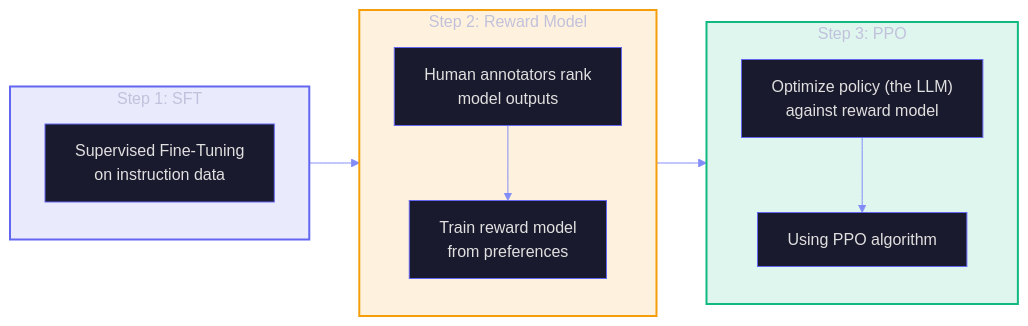
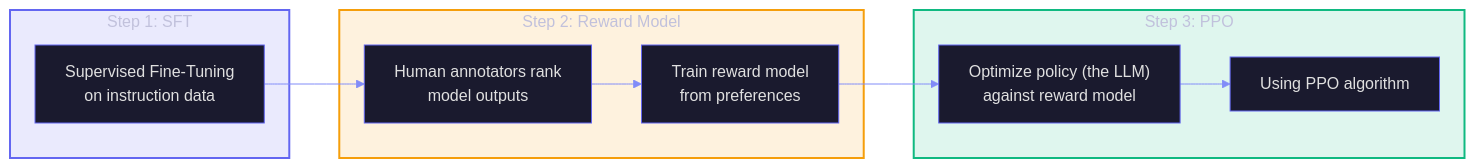
Before and after one commit to frootai/frootai: the fourth of 7 diagrams in docs/T1-Fine-Tuning-MLOps.md, drawn with Mermaid. The commit also changed other lines of this file and 15 other files, not shown here.

Commit message:
docs: harden learning module diagrams

````diff
--- a/docs/T1-Fine-Tuning-MLOps.md
+++ b/docs/T1-Fine-Tuning-MLOps.md
@@ -241,25 +240,26 @@
 ```mermaid
 %%{init: {'theme': 'base', 'themeVariables': {'primaryColor': '#1a1a2e', 'primaryTextColor': '#e0e0e0', 'primaryBorderColor': '#6366f1', 'lineColor': '#818cf8', 'background': 'transparent'}}}%%
 flowchart LR
     subgraph STEP1["Step 1: SFT"]
         S1["Supervised Fine-Tuning<br/>on instruction data"]
     end
     
     subgraph STEP2["Step 2: Reward Model"]
         S2["Human annotators rank<br/>model outputs"]
         S3["Train reward model<br/>from preferences"]
         S2 --> S3
     end
     
     subgraph STEP3["Step 3: PPO"]
         S4["Optimize policy (the LLM)<br/>against reward model"]
         S5["Using PPO algorithm"]
         S4 --> S5
     end
     
-    STEP1 --> STEP2 --> STEP3
+    S1 --> S2
+    S3 --> S4
     
     style STEP1 fill:#6366f122,stroke:#6366f1,stroke-width:2px
     style STEP2 fill:#f59e0b22,stroke:#f59e0b,stroke-width:2px
     style STEP3 fill:#10b98122,stroke:#10b981,stroke-width:2px
 ```
````
